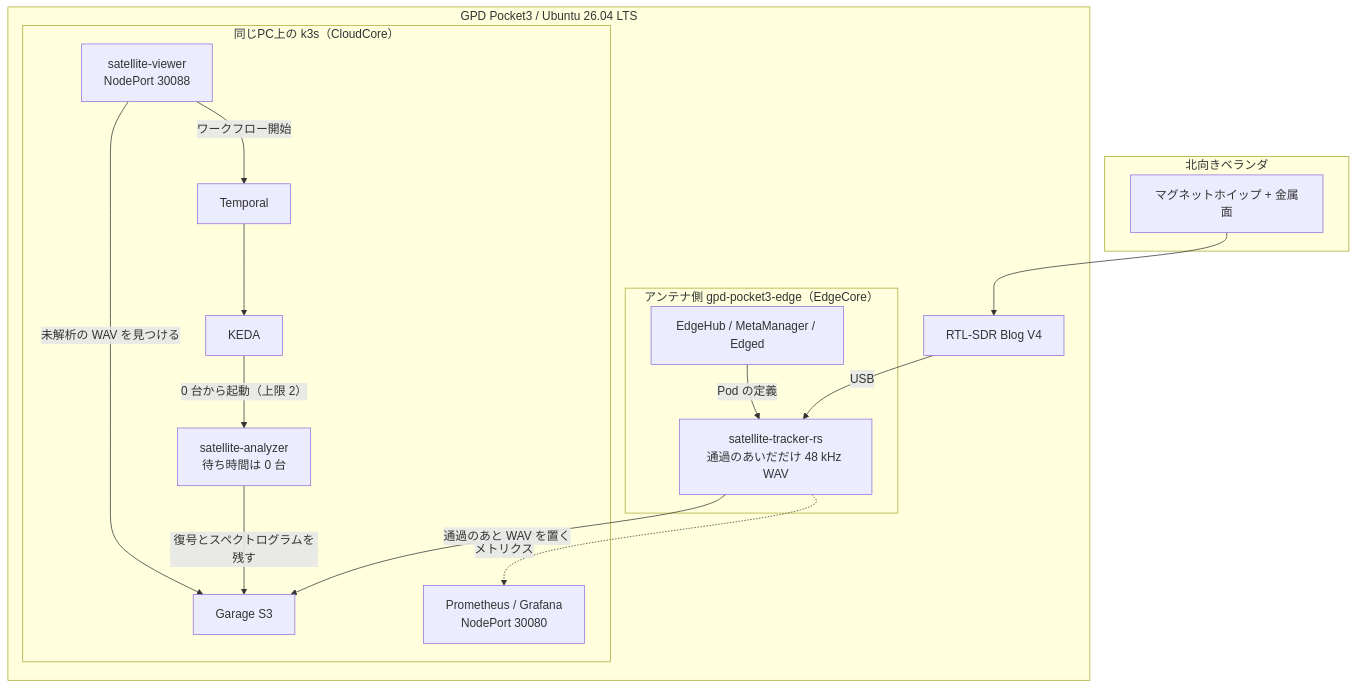
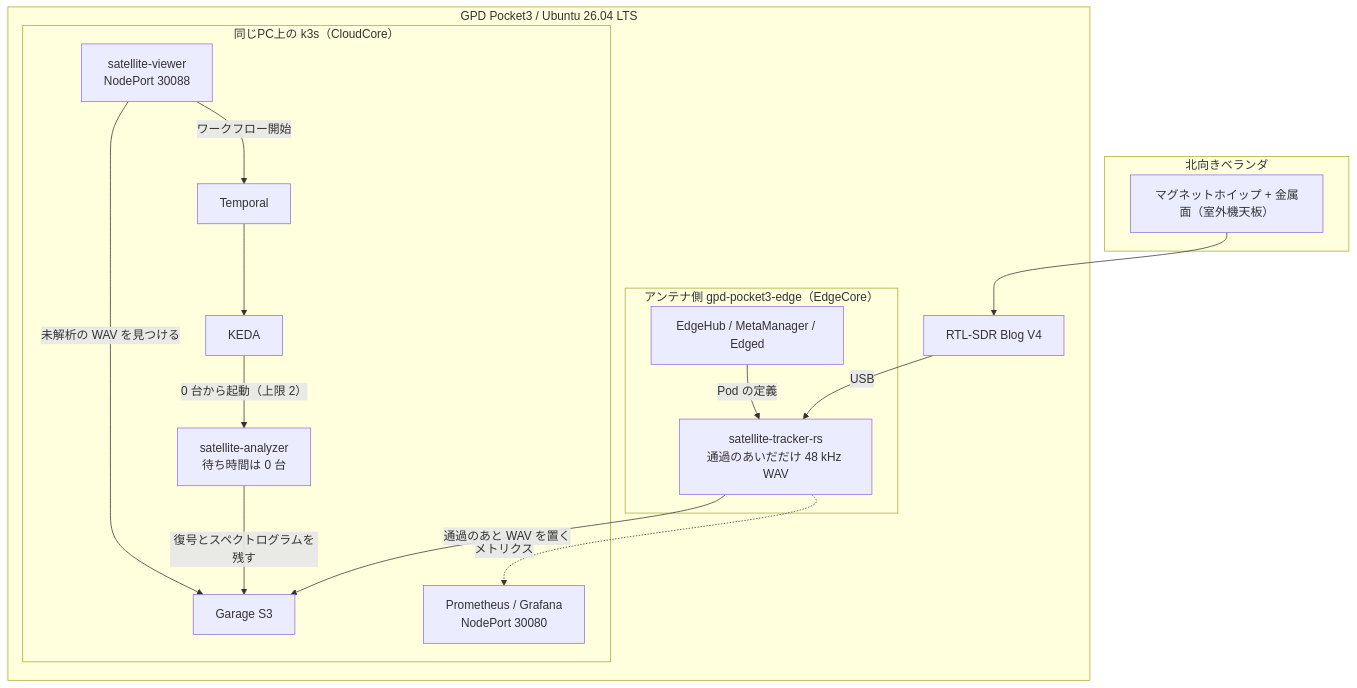
Before and after one commit to tozastation/radio-astronomy: the diagram in README.md, drawn with Mermaid. The commit also changed other lines of this file, not shown here.

````diff
--- a/README.md
+++ b/README.md
@@ -42,35 +75,35 @@
 ```mermaid
 flowchart TB
     subgraph Balcony["北向きベランダ"]
-        Ant["マグネットホイップ + 金属面"]
+        Ant["マグネットホイップ + 金属面（室外機天板）"]
     end
 
     subgraph Pocket["GPD Pocket3 / Ubuntu 26.04 LTS"]
         SDR["RTL-SDR Blog V4"]
 
         subgraph Edge["アンテナ側 gpd-pocket3-edge（EdgeCore）"]
             Tracker["satellite-tracker-rs<br/>通過のあいだだけ 48 kHz WAV"]
             EdgeCtl["EdgeHub / MetaManager / Edged"]
         end
 
         subgraph Cluster["同じPC上の k3s（CloudCore）"]
             Garage["Garage S3"]
             Viewer["satellite-viewer<br/>NodePort 30088"]
             Temporal["Temporal"]
             KEDA["KEDA"]
             Worker["satellite-analyzer<br/>待ち時間は 0 台"]
             Graf["Prometheus / Grafana<br/>NodePort 30080"]
         end
     end
 
     Ant --> SDR
     SDR -->|USB| Tracker
     EdgeCtl -->|"Pod の定義"| Tracker
     Tracker -->|"通過のあと WAV を置く"| Garage
     Viewer -->|"未解析の WAV を見つける"| Garage
     Viewer -->|"ワークフロー開始"| Temporal
     Temporal --> KEDA
     KEDA -->|"0 台から起動（上限 2）"| Worker
     Worker -->|"復号とスペクトログラムを残す"| Garage
     Tracker -.->|"メトリクス"| Graf
 ```
````
